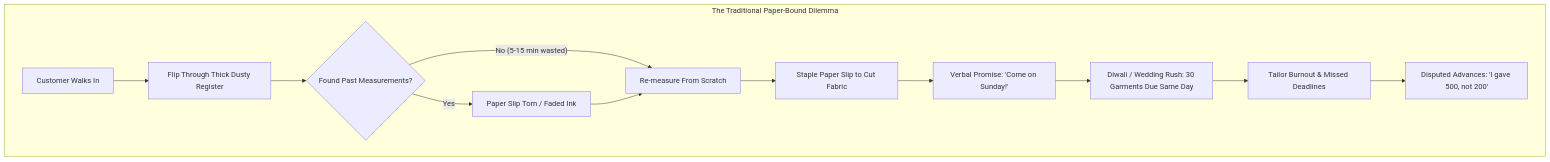
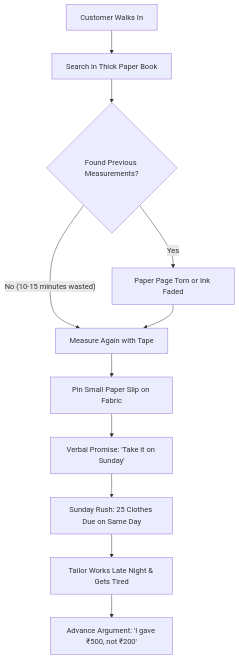
The diagram in docs/01-PROBLEM_IDENTIFICATION_AND_ORIGIN_STORY.md (shubham-tankariya-01/geetanjali), drawn with Mermaid before and after one commit. The commit also changed other lines of this file and 7 other files, not shown here.

First line of the commit message:
docs: simplify documentation language and remove future roadmap

````diff
--- a/docs/01-PROBLEM_IDENTIFICATION_AND_ORIGIN_STORY.md
+++ b/docs/01-PROBLEM_IDENTIFICATION_AND_ORIGIN_STORY.md
@@ -30,15 +37,13 @@
 ```mermaid
 flowchart TD
-    subgraph Traditional [The Traditional Paper-Bound Dilemma]
-        A[Customer Walks In] --> B[Flip Through Thick Dusty Register]
-        B --> C{Found Past Measurements?}
-        C -- No (5-15 min wasted) --> D[Re-measure From Scratch]
-        C -- Yes --> E[Paper Slip Torn / Faded Ink]
-        E --> D
-        D --> F[Staple Paper Slip to Cut Fabric]
-        F --> G[Verbal Promise: 'Come on Sunday!']
-        G --> H[Diwali / Wedding Rush: 30 Garments Due Same Day]
-        H --> I[Tailor Burnout & Missed Deadlines]
-        I --> J[Disputed Advances: 'I gave 500, not 200']
-    end
+    A[Customer Walks In] --> B[Search in Thick Paper Book]
+    B --> C{Found Previous Measurements?}
+    C -- No (10-15 minutes wasted) --> D[Measure Again with Tape]
+    C -- Yes --> E[Paper Page Torn or Ink Faded]
+    E --> D
+    D --> F[Pin Small Paper Slip on Fabric]
+    F --> G[Verbal Promise: 'Take it on Sunday']
+    G --> H[Sunday Rush: 25 Clothes Due on Same Day]
+    H --> I[Tailor Works Late Night & Gets Tired]
+    I --> J[Advance Argument: 'I gave ₹500, not ₹200']
 ```
````
